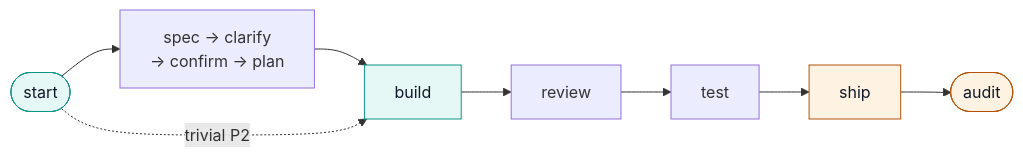
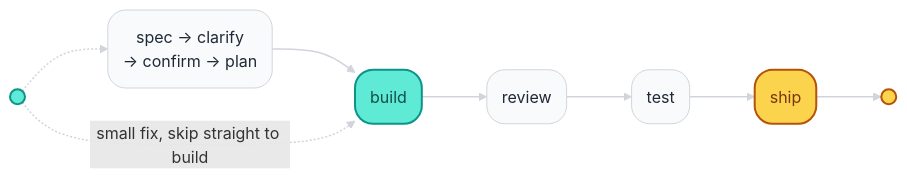
The diagram in README.md (ninhlee99/dev-workflow), drawn with Mermaid before and after one commit. The commit also changed 2 other files, not shown here.

Commit message:
docs: soften README flow diagram styling, clarify trivial-branch label
Rounded pill nodes, curved links, wider spacing, and a teal/amber
palette instead of the flat default flowchart look. Renamed the
"trivial P2" branch label to "small fix, skip straight to build" (and
localized equivalents) so it reads without needing to know the P2
risk-tier shorthand.

Claude-Session: https://claude.ai/code/session_01WpMD6YmGymMifFkcK7ehBs

````diff
--- a/README.md
+++ b/README.md
@@ -48,10 +48,11 @@
 ```mermaid
+%%{init: {"flowchart": {"curve": "basis", "nodeSpacing": 45, "rankSpacing": 65}}}%%
 flowchart LR
-    start(["start"]) --> spec["spec → clarify\n→ confirm → plan"] --> build --> review --> test --> ship --> audit(["audit"])
-    start -.trivial P2.-> build
+    start((" ")):::fast -.-> spec("spec → clarify\n→ confirm → plan"):::default --> build("build"):::fast --> review("review"):::default --> test("test"):::default --> ship("ship"):::gate --> audit((" ")):::gate
+    start -. small fix, skip straight to build .-> build
 
-    classDef fast fill:#e6f8f5,stroke:#0d9488,color:#0f172a;
-    classDef gate fill:#fef3e2,stroke:#b45309,color:#0f172a;
-    class start,build fast
-    class ship,audit gate
+    classDef default fill:#f9fafb,stroke:#d1d5db,stroke-width:1px,color:#1f2937,rx:18,ry:18;
+    classDef fast fill:#5eead4,stroke:#0d9488,stroke-width:2px,color:#134e4a;
+    classDef gate fill:#fcd34d,stroke:#b45309,stroke-width:2px,color:#78350f;
+    linkStyle default stroke:#d1d5db,stroke-width:1.5px
 ```
````
